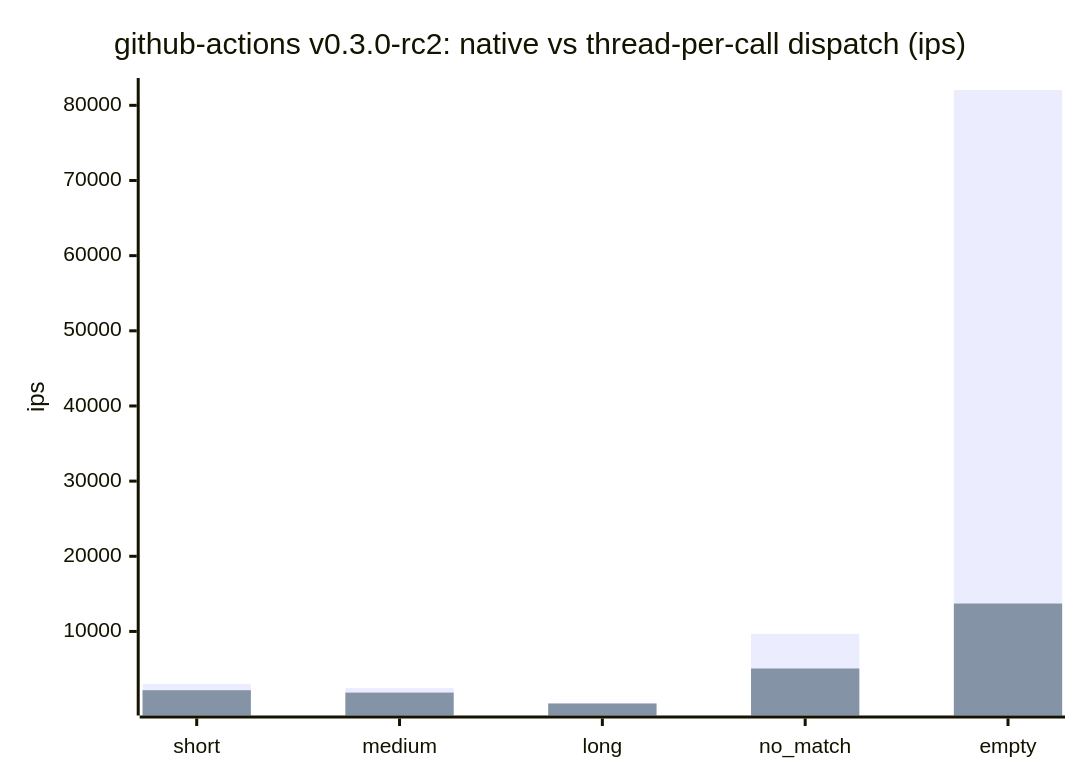
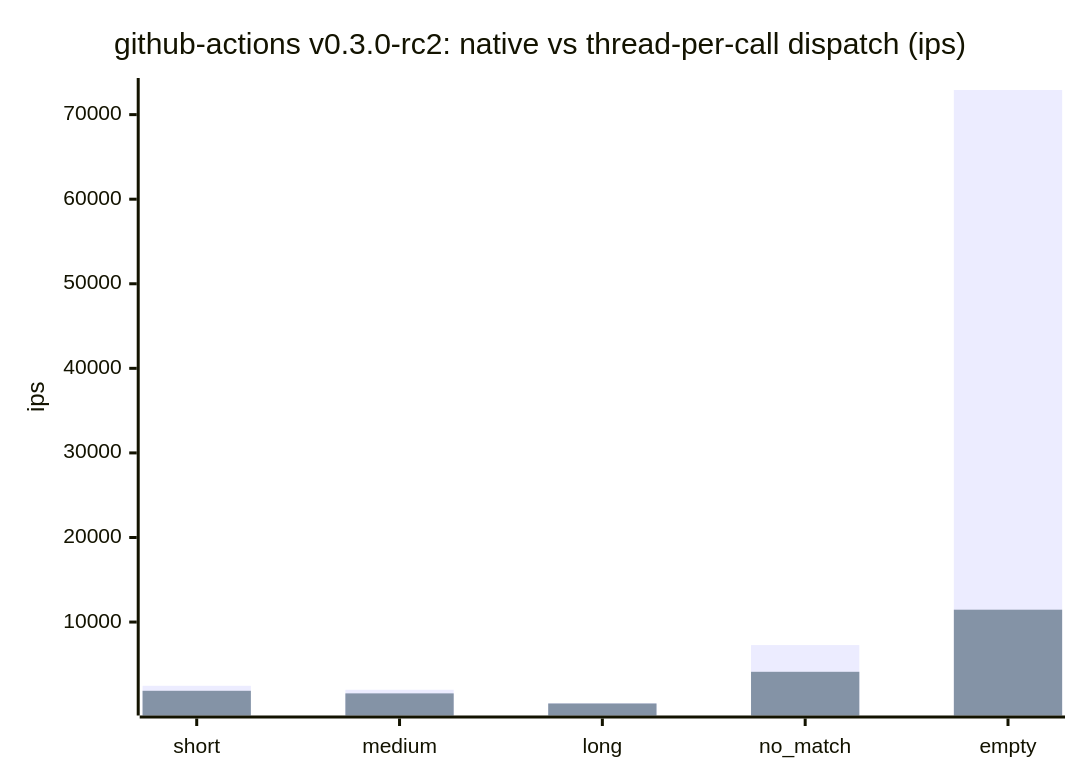
One commit to cpb/duckling changed the first of 7 diagrams in docs/benchmarks/README.md. Above: the diagram before and after it, drawn with Mermaid. The commit also changed other lines of this file and 1 other file, not shown here.

````diff
--- a/docs/benchmarks/README.md
+++ b/docs/benchmarks/README.md
@@ -54,8 +54,8 @@
 ```mermaid
 xychart-beta
     title "github-actions v0.3.0-rc2: native vs thread-per-call dispatch (ips)"
     x-axis [short, medium, long, no_match, empty]
     y-axis "ips"
-    bar "native" [3009.9, 2463.8, 451.8, 9672.4, 82040.0]
-    bar "thread-per-call" [2179.5, 1863.2, 412.0, 5068.6, 13714.8]
+    bar "native" [2461.1, 1992.3, 400.8, 7273.8, 72911.8]
+    bar "thread-per-call" [1871.6, 1564.7, 368.4, 4117.3, 11459.9]
 ```
````
